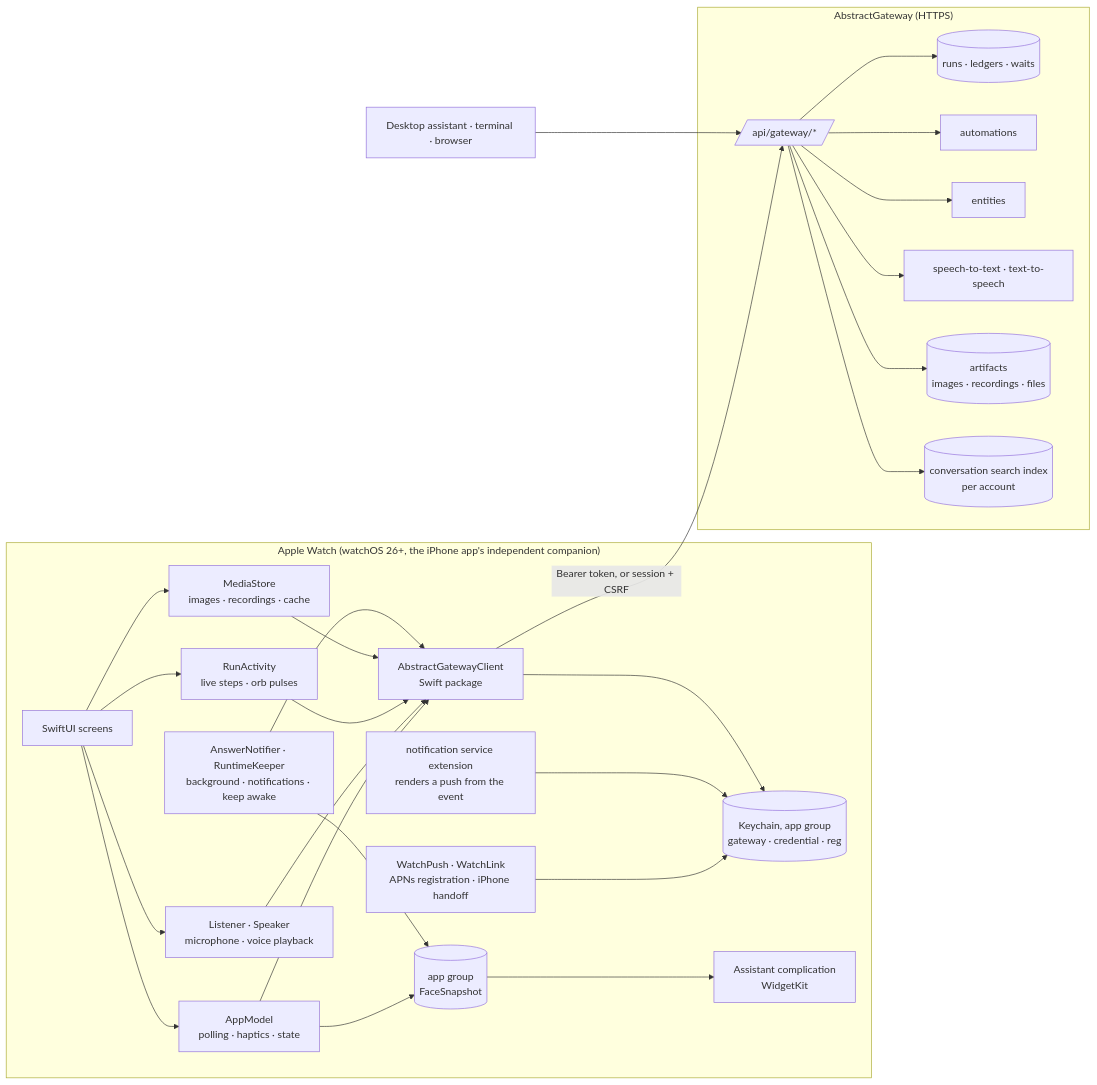
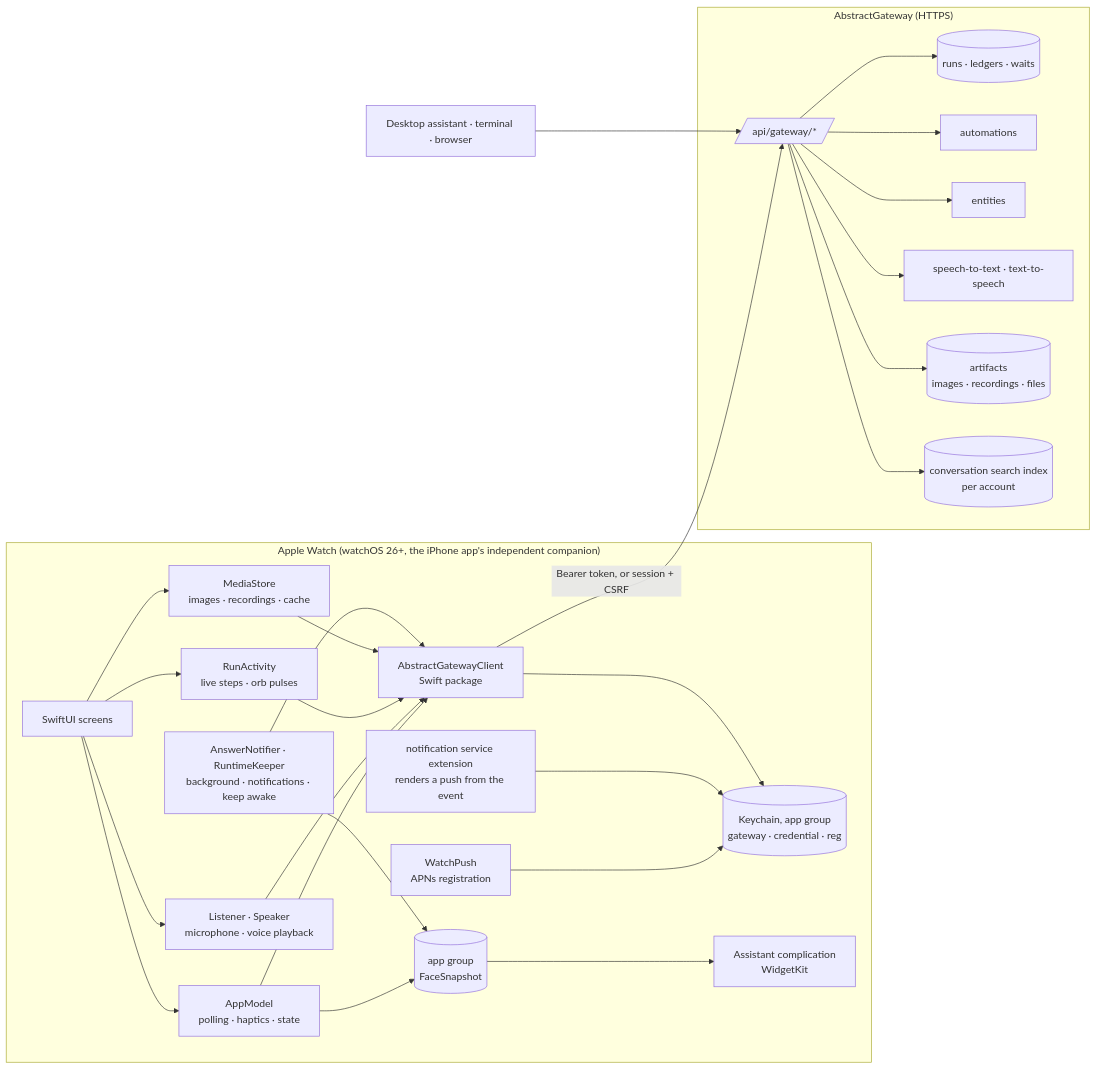
Before and after one commit to lpalbou/AbstractAssistant: the first of 2 diagrams in watch/apple/docs/architecture.md, drawn with Mermaid. The commit also changed other lines of this file and 25 other files, not shown here.

````diff
--- a/watch/apple/docs/architecture.md
+++ b/watch/apple/docs/architecture.md
@@ -9,45 +9,45 @@
 ```mermaid
 flowchart LR
   subgraph Watch["Apple Watch (watchOS 26+, the iPhone app's independent companion)"]
     UI[SwiftUI screens]
     Model[AppModel<br/>polling · haptics · state]
     Media[Listener · Speaker<br/>microphone · voice playback]
     Work[RunActivity<br/>live steps · orb pulses]
     Files[MediaStore<br/>images · recordings · cache]
     BG[AnswerNotifier · RuntimeKeeper<br/>background · notifications · keep awake]
     Kit[AbstractGatewayClient<br/>Swift package]
     Store[(Keychain, app group<br/>gateway · credential · reg)]
-    Push[WatchPush · WatchLink<br/>APNs registration · iPhone handoff]
+    Push[WatchPush<br/>APNs registration]
     NSE[notification service extension<br/>renders a push from the event]
     Push --> Store
     NSE --> Store
     UI --> Model --> Kit
     UI --> Media --> Kit
     UI --> Work --> Kit
     UI --> Files --> Kit
     BG --> Kit
     Kit --> Store
     Face[(app group<br/>FaceSnapshot)]
     Clock[Assistant complication<br/>WidgetKit]
     Model --> Face
     BG --> Face
     Face --> Clock
   end
   subgraph GW["AbstractGateway (HTTPS)"]
     API[/api/gateway/*/]
     Runs[(runs · ledgers · waits)]
     Auto[automations]
     Ent[entities]
     Voice[speech-to-text · text-to-speech]
     Art[(artifacts<br/>images · recordings · files)]
     Search[(conversation search index<br/>per account)]
     API --> Runs
     API --> Auto
     API --> Ent
     API --> Voice
     API --> Art
     API --> Search
   end
   Kit -- "Bearer token, or session + CSRF" --> API
   Other[Desktop assistant · terminal · browser] --> API
 ```
````
